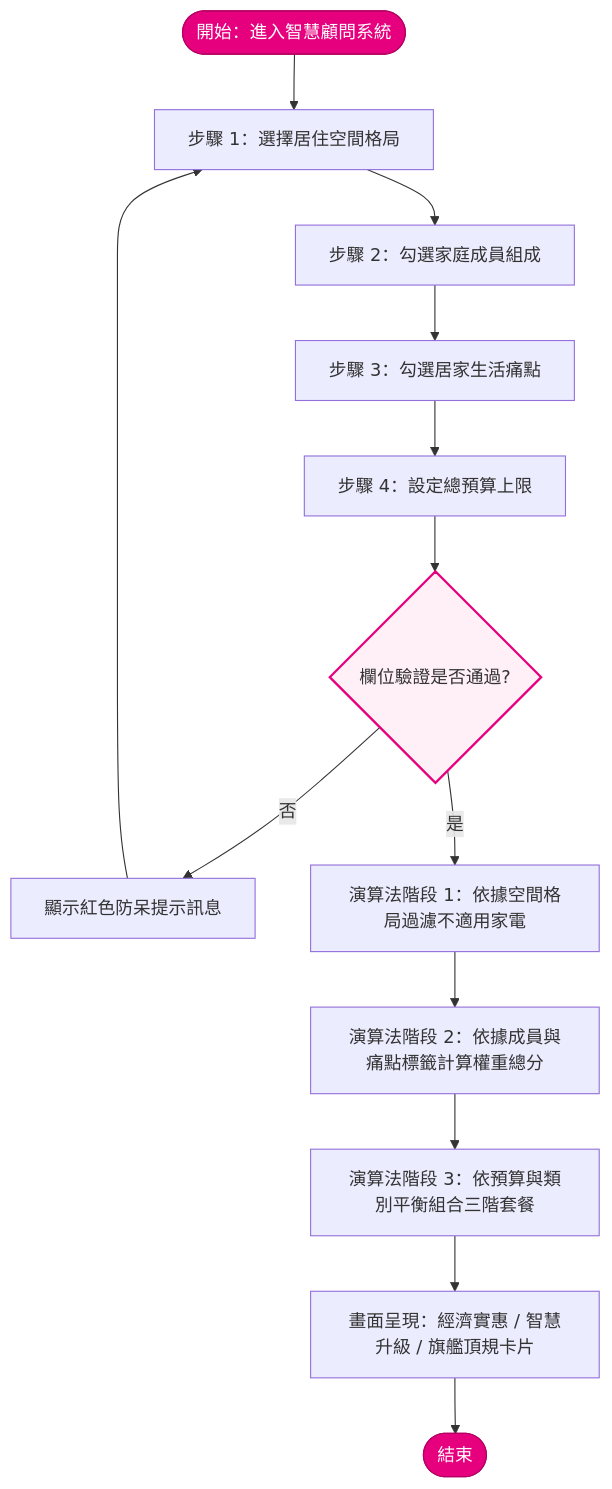
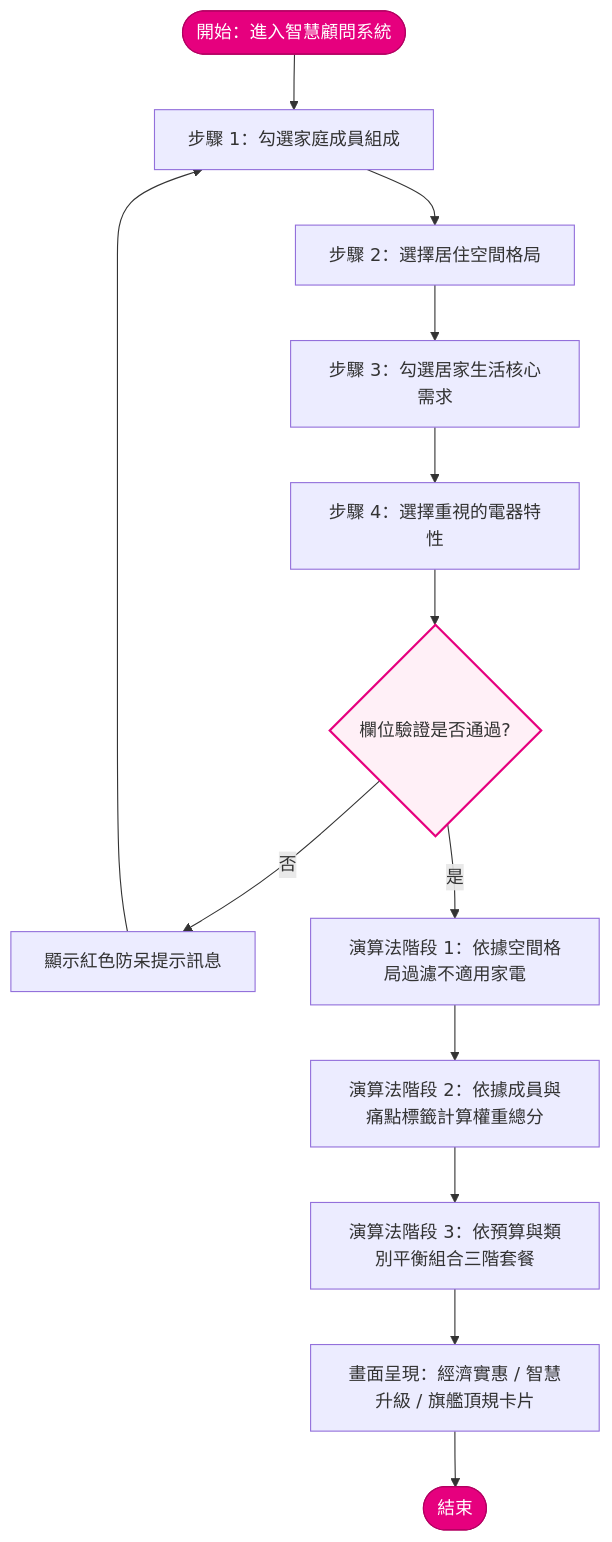
Before and after one commit to c113118220-code/smart-appliance-advisor: the fifth of 7 diagrams in hw4.md, drawn with Mermaid.

Commit message:
Revise activity diagram steps for UC-01

````diff
--- a/hw4.md
+++ b/hw4.md
@@ -147,21 +147,21 @@
 ```mermaid
 flowchart TD
-    Start([開始：進入智慧顧問系統]) --> Step1[步驟 1：選擇居住空間格局]
-    Step1 --> Step2[步驟 2：勾選家庭成員組成]
-    Step2 --> Step3[步驟 3：勾選居家生活痛點]
-    Step3 --> Step4[步驟 4：設定總預算上限]
+    Start([開始：進入智慧顧問系統]) --> Step1[步驟 1：勾選家庭成員組成]
+    Step1 --> Step2[步驟 2：選擇居住空間格局]
+    Step2 --> Step3[步驟 3：勾選居家生活核心需求]
+    Step3 --> Step4[步驟 4：選擇重視的電器特性]
     Step4 --> CheckValid{欄位驗證是否通過?}
     
     CheckValid -- 否 --> ShowErr[顯示紅色防呆提示訊息]
     ShowErr --> Step1
     
     CheckValid -- 是 --> FilterSpace[演算法階段 1：依據空間格局過濾不適用家電]
     FilterSpace --> ScoreTags[演算法階段 2：依據成員與痛點標籤計算權重總分]
     ScoreTags --> GroupTiers[演算法階段 3：依預算與類別平衡組合三階套餐]
     GroupTiers --> DisplayCards[畫面呈現：經濟實惠 / 智慧升級 / 旗艦頂規卡片]
     DisplayCards --> End([結束])
 
     style Start fill:#E6007E,color:#FFFFFF,stroke:#B30062
     style End fill:#E6007E,color:#FFFFFF,stroke:#B30062
     style CheckValid fill:#FFF0F7,stroke:#E6007E,stroke-width:2px
 ```
````
